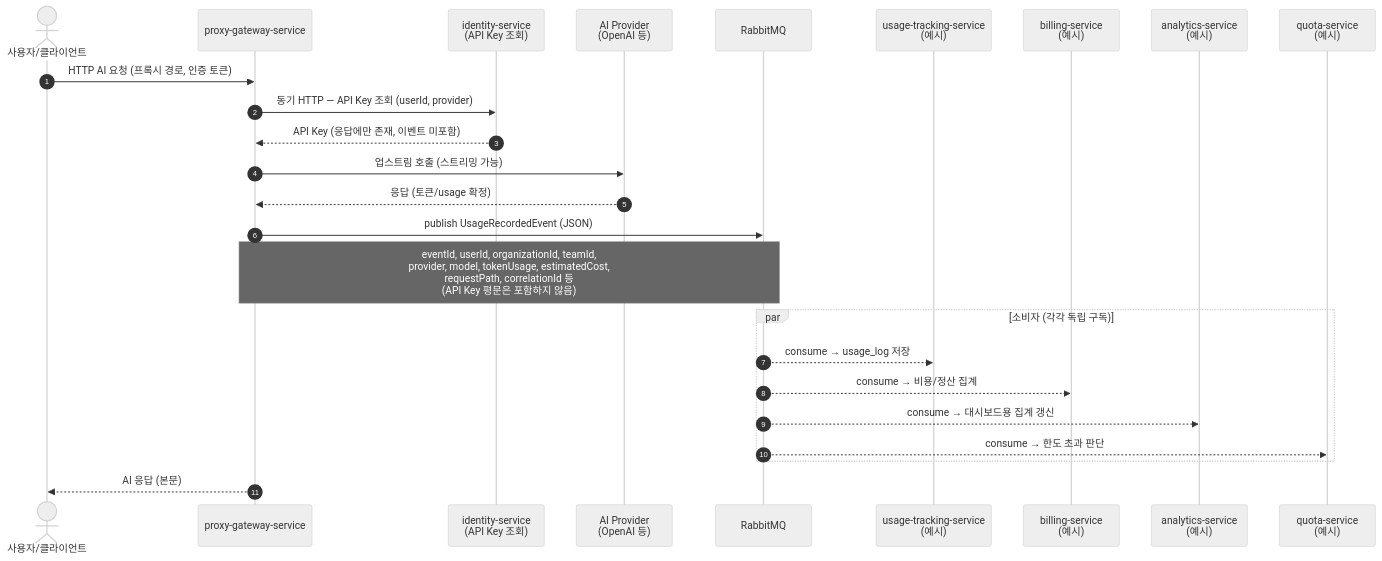
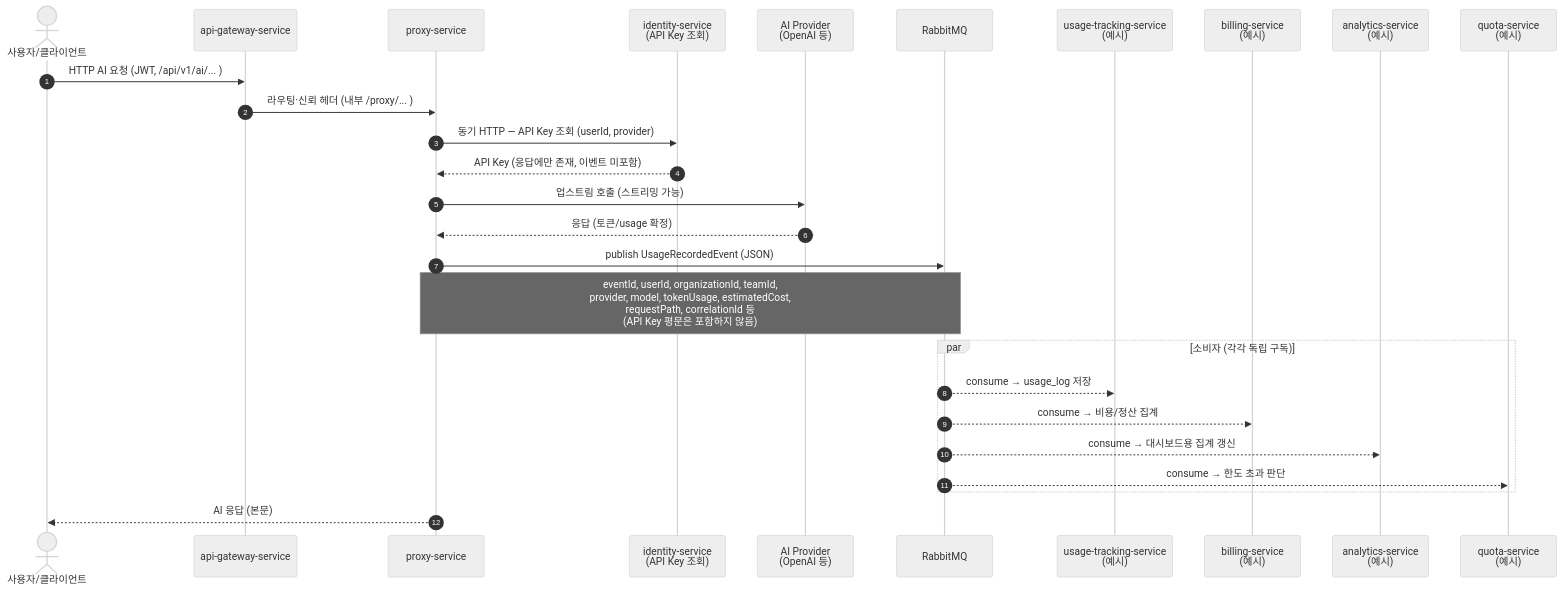
Before and after one commit to Park-Yena00/ai-api-usage-monitor: the first of 3 diagrams in docs/sequence-diagrams.md, drawn with Mermaid (neutral theme). The commit also changed other lines of this file and 72 other files, not shown here.

Commit message:
WIP: local gateway/proxy/docs/rules changes before develop sync

````diff
--- a/docs/sequence-diagrams.md
+++ b/docs/sequence-diagrams.md
@@ -12,29 +13,31 @@
 ```mermaid
 sequenceDiagram
     autonumber
     actor User as 사용자/클라이언트
-    participant Proxy as proxy-gateway-service
+    participant Gateway as api-gateway-service
+    participant Proxy as proxy-service
     participant Identity as identity-service<br/>(API Key 조회)
     participant Provider as AI Provider<br/>(OpenAI 등)
     participant MQ as RabbitMQ
     participant Usage as usage-tracking-service<br/>(예시)
     participant Billing as billing-service<br/>(예시)
     participant Analytics as analytics-service<br/>(예시)
     participant Quota as quota-service<br/>(예시)
 
-    User->>Proxy: HTTP AI 요청 (프록시 경로, 인증 토큰)
+    User->>Gateway: HTTP AI 요청 (JWT, /api/v1/ai/... )
+    Gateway->>Proxy: 라우팅·신뢰 헤더 (내부 /proxy/... )
     Proxy->>Identity: 동기 HTTP — API Key 조회 (userId, provider)
     Identity-->>Proxy: API Key (응답에만 존재, 이벤트 미포함)
     Proxy->>Provider: 업스트림 호출 (스트리밍 가능)
     Provider-->>Proxy: 응답 (토큰/usage 확정)
     Proxy->>MQ: publish UsageRecordedEvent (JSON)
     Note over Proxy,MQ: eventId, userId, organizationId, teamId,<br/>provider, model, tokenUsage, estimatedCost,<br/>requestPath, correlationId 등<br/>(API Key 평문은 포함하지 않음)
 
     par 소비자 (각각 독립 구독)
         MQ-->>Usage: consume → usage_log 저장
         MQ-->>Billing: consume → 비용/정산 집계
         MQ-->>Analytics: consume → 대시보드용 집계 갱신
         MQ-->>Quota: consume → 한도 초과 판단
     end
     Proxy-->>User: AI 응답 (본문)
 ```
````
